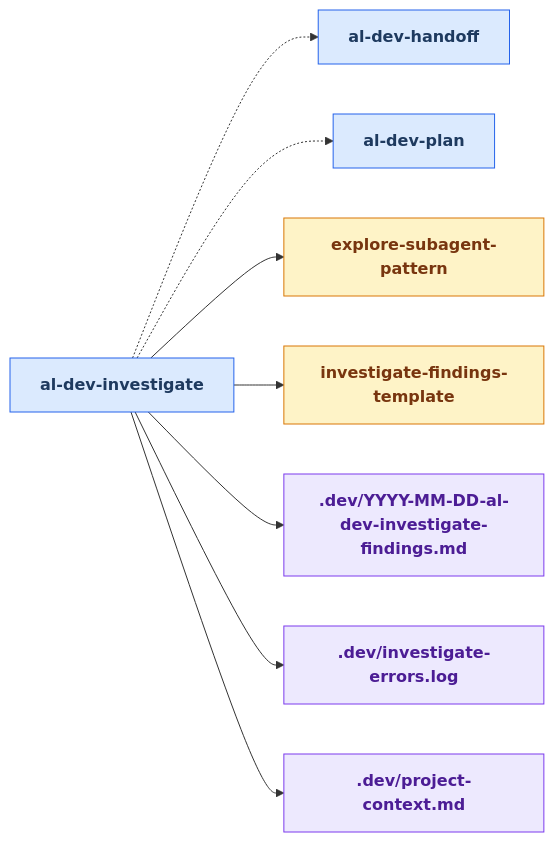
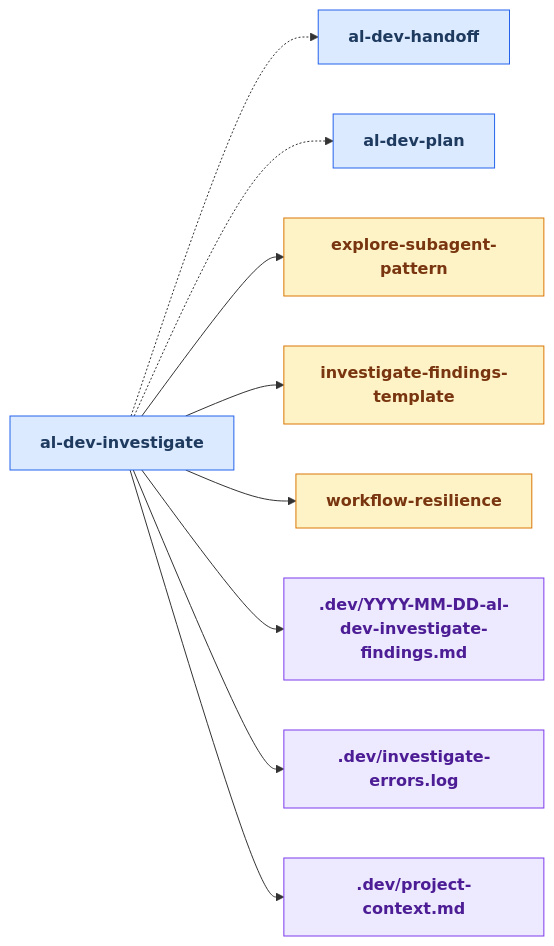
Before and after one commit to russell-laing/al-dev-shared: the fourth of 25 diagrams in docs/al-dev-skills-map.md, drawn with Mermaid. The commit also changed other lines of this file and 4 other files, not shown here.

````diff
--- a/docs/al-dev-skills-map.md
+++ b/docs/al-dev-skills-map.md
@@ -190,34 +190,37 @@
 ```mermaid
 flowchart LR
     classDef skillNode fill:#dbeafe,stroke:#2563eb,color:#1e3a5f,font-weight:bold
     classDef agentNode fill:#d1fae5,stroke:#059669,color:#064e3b,font-weight:bold
     classDef knowledgeNode fill:#fef3c7,stroke:#d97706,color:#78350f,font-weight:bold
     classDef artifactNode fill:#ede9fe,stroke:#7c3aed,color:#4c1d95,font-weight:bold
     classDef phaseNode fill:#e0e7ff,stroke:#6366f1,color:#312e81,font-weight:bold
 
     skill_al_dev_investigate[al-dev-investigate]
     skill_al_dev_handoff[al-dev-handoff]
     skill_al_dev_plan[al-dev-plan]
     knowledge_explore_subagent_pattern_md[explore-subagent-pattern]
     knowledge_investigate_findings_template_md[investigate-findings-template]
+    knowledge_workflow_resilience_md[workflow-resilience]
     artifact_YYYY_MM_DD_al_dev_investigate_findings_md[.dev/YYYY-MM-DD-al-dev-investigate-findings.md]
     artifact_investigate_errors_log[.dev/investigate-errors.log]
     artifact_project_context_md[.dev/project-context.md]
 
     skill_al_dev_investigate -.-> skill_al_dev_handoff
     skill_al_dev_investigate -.-> skill_al_dev_plan
     skill_al_dev_investigate --> knowledge_explore_subagent_pattern_md
     skill_al_dev_investigate --> knowledge_investigate_findings_template_md
+    skill_al_dev_investigate --> knowledge_workflow_resilience_md
     skill_al_dev_investigate --> artifact_YYYY_MM_DD_al_dev_investigate_findings_md
     skill_al_dev_investigate --> artifact_investigate_errors_log
     skill_al_dev_investigate --> artifact_project_context_md
 
     class skill_al_dev_investigate skillNode
     class skill_al_dev_handoff skillNode
     class skill_al_dev_plan skillNode
     class knowledge_explore_subagent_pattern_md knowledgeNode
     class knowledge_investigate_findings_template_md knowledgeNode
+    class knowledge_workflow_resilience_md knowledgeNode
     class artifact_YYYY_MM_DD_al_dev_investigate_findings_md artifactNode
     class artifact_investigate_errors_log artifactNode
     class artifact_project_context_md artifactNode
 ```
````
